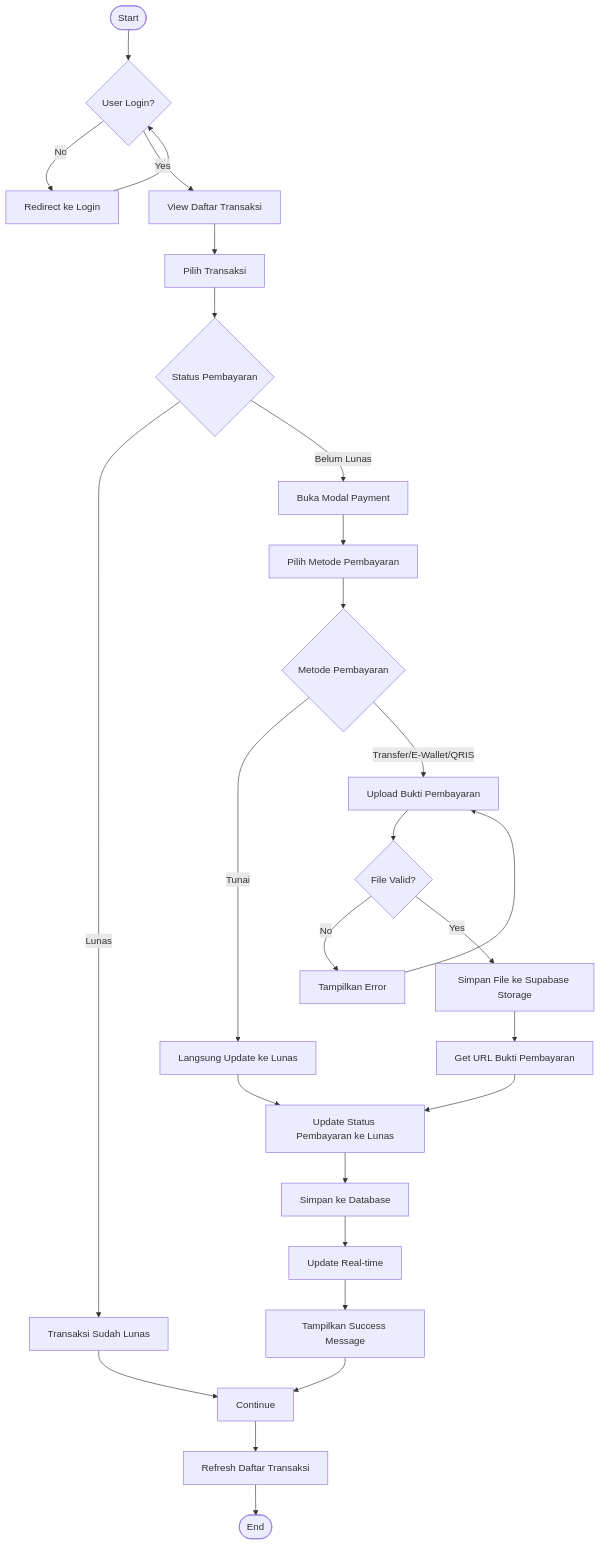
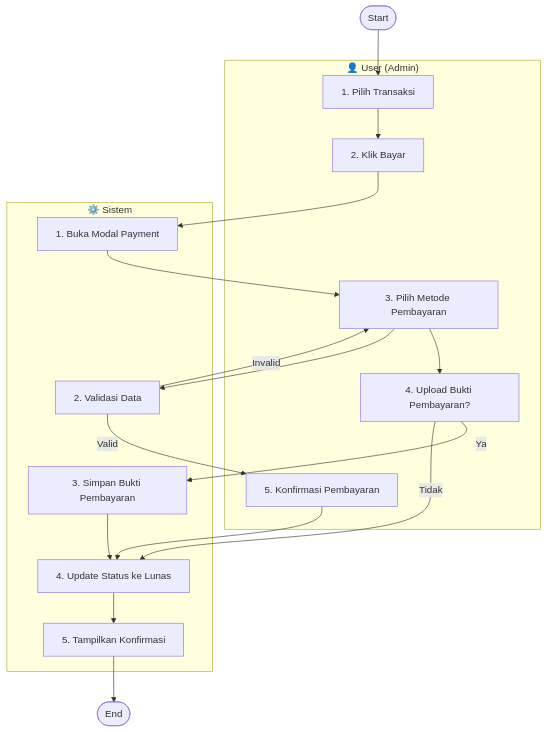
Before and after one commit to rizkygm23/laundry-app: the fifth of 12 diagrams in diagram_activity.md, drawn with Mermaid. The commit also changed other lines of this file and 5 other files, not shown here.

Commit message:
add diagram

````diff
--- a/diagram_activity.md
+++ b/diagram_activity.md
@@ -170,29 +168,33 @@
 ```mermaid
 flowchart TD
-    Start([Start]) --> Login{User Login?}
-    Login -->|No| Redirect[Redirect ke Login]
-    Redirect --> Login
-    Login -->|Yes| ViewTransaksi[View Daftar Transaksi]
-    ViewTransaksi --> SelectTransaksi[Pilih Transaksi]
-    SelectTransaksi --> CheckPayment{Status Pembayaran}
-    CheckPayment -->|Lunas| ShowMessage[Transaksi Sudah Lunas]
-    CheckPayment -->|Belum Lunas| OpenPayment[Buka Modal Payment]
-    OpenPayment --> SelectMethod[Pilih Metode Pembayaran]
-    SelectMethod --> CheckMethod{Metode Pembayaran}
-    CheckMethod -->|Tunai| DirectUpdate[Langsung Update ke Lunas]
-    CheckMethod -->|Transfer/E-Wallet/QRIS| UploadProof[Upload Bukti Pembayaran]
-    UploadProof --> ValidateFile{File Valid?}
-    ValidateFile -->|No| ShowError[Tampilkan Error]
-    ShowError --> UploadProof
-    ValidateFile -->|Yes| SaveToStorage[Simpan File ke Supabase Storage]
-    SaveToStorage --> GetURL[Get URL Bukti Pembayaran]
-    GetURL --> UpdatePayment[Update Status Pembayaran ke Lunas]
-    DirectUpdate --> UpdatePayment
-    UpdatePayment --> SavePaymentStatus[Simpan ke Database]
-    SavePaymentStatus --> RealTimeUpdate[Update Real-time]
-    RealTimeUpdate --> ShowSuccess[Tampilkan Success Message]
-    ShowMessage --> Continue
-    ShowSuccess --> Continue[Continue]
-    Continue --> RefreshList[Refresh Daftar Transaksi]
-    RefreshList --> End([End])
+    subgraph User["👤 User (Admin)"]
+        U1[1. Pilih Transaksi]
+        U2[2. Klik Bayar]
+        U3[3. Pilih Metode Pembayaran]
+        U4[4. Upload Bukti Pembayaran?]
+        U5[5. Konfirmasi Pembayaran]
+    end
+    
+    subgraph System["⚙️ Sistem"]
+        S1[1. Buka Modal Payment]
+        S2[2. Validasi Data]
+        S3[3. Simpan Bukti Pembayaran]
+        S4[4. Update Status ke Lunas]
+        S5[5. Tampilkan Konfirmasi]
+    end
+    
+    Start([Start]) --> U1
+    U1 --> U2
+    U2 --> S1
+    S1 --> U3
+    U3 --> U4
+    U4 -->|Ya| S3
+    U4 -->|Tidak| S4
+    U3 --> S2
+    S2 -->|Valid| U5
+    S2 -->|Invalid| U3
+    S3 --> S4
+    U5 --> S4
+    S4 --> S5
+    S5 --> End([End])
 ```
````
